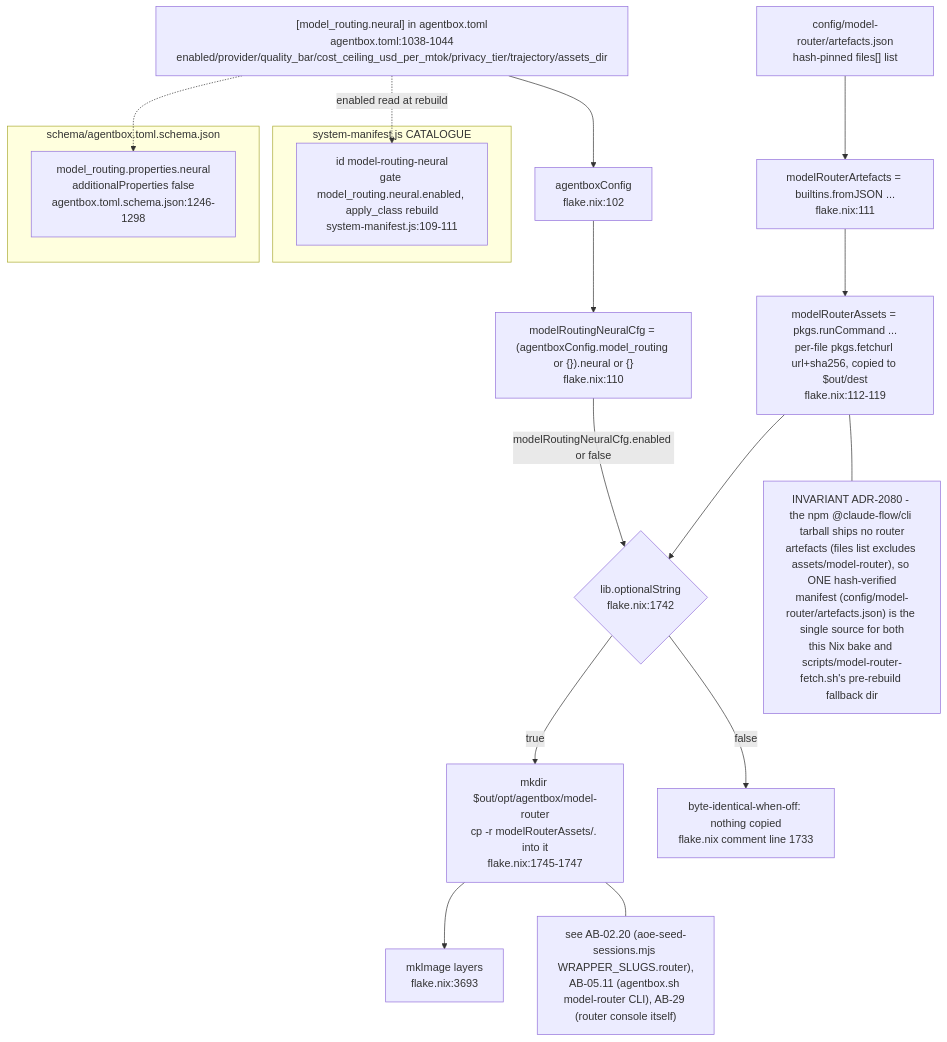
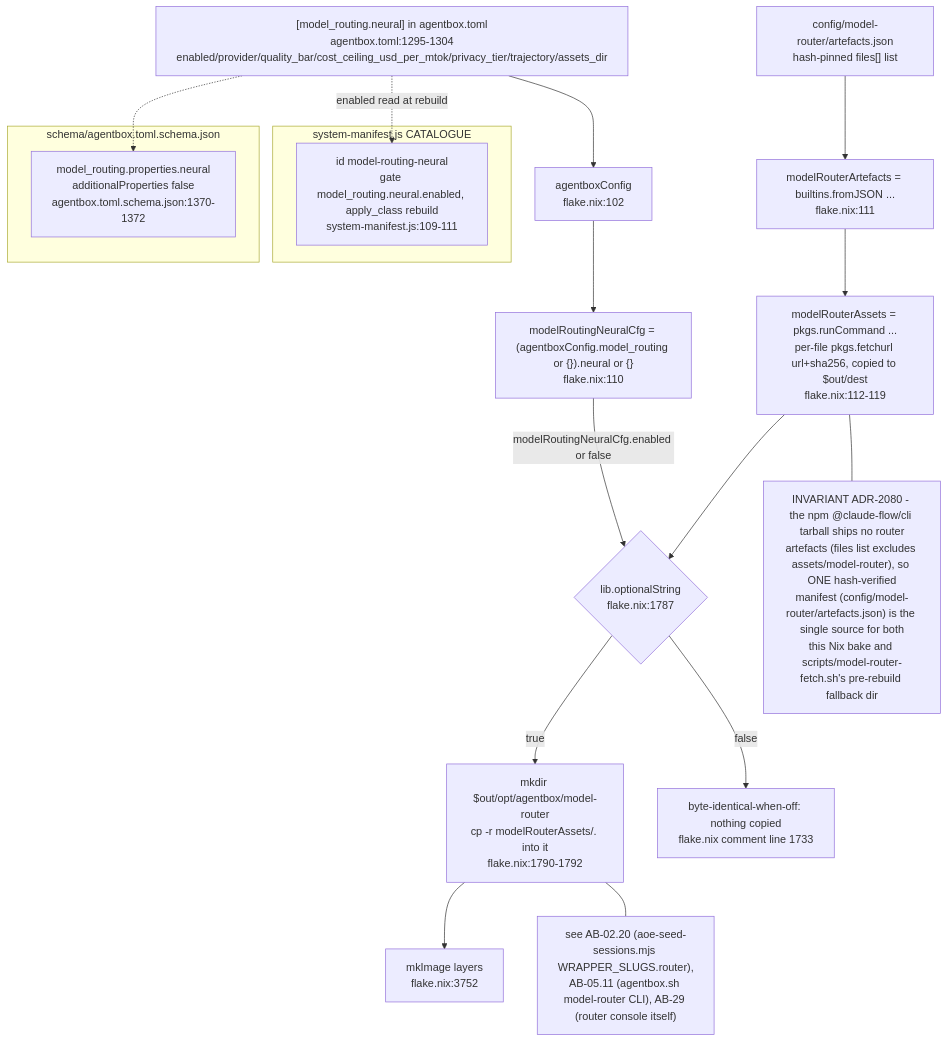
Before and after one commit to DreamLab-AI/VisionFlow: diagram 11 of 11 in docs/diagrams/agentbox/01-nix-flake-composition.md, drawn with Mermaid. The commit also changed other lines of this file and 28 other files, not shown here.

````diff
--- a/docs/diagrams/agentbox/01-nix-flake-composition.md
+++ b/docs/diagrams/agentbox/01-nix-flake-composition.md
@@ -437,29 +439,29 @@
 ```mermaid
 flowchart TB
-    TOML2["[model_routing.neural] in agentbox.toml<br/>agentbox.toml:1038-1044<br/>enabled/provider/quality_bar/cost_ceiling_usd_per_mtok/privacy_tier/trajectory/assets_dir"] --> CFG2["agentboxConfig<br/>flake.nix:102"]
+    TOML2["[model_routing.neural] in agentbox.toml<br/>agentbox.toml:1295-1304<br/>enabled/provider/quality_bar/cost_ceiling_usd_per_mtok/privacy_tier/trajectory/assets_dir"] --> CFG2["agentboxConfig<br/>flake.nix:102"]
     CFG2 --> MRNCFG["modelRoutingNeuralCfg = (agentboxConfig.model_routing or {}).neural or {}<br/>flake.nix:110"]
     ARTJSON["config/model-router/artefacts.json<br/>hash-pinned files[] list"] --> MRNFETCH["modelRouterArtefacts = builtins.fromJSON ...<br/>flake.nix:111"]
     MRNFETCH --> MRNASSETS["modelRouterAssets = pkgs.runCommand ...<br/>per-file pkgs.fetchurl url+sha256, copied to $out/dest<br/>flake.nix:112-119"]
 
-    MRNCFG -->|"modelRoutingNeuralCfg.enabled or false"| GATE{"lib.optionalString<br/>flake.nix:1742"}
+    MRNCFG -->|"modelRoutingNeuralCfg.enabled or false"| GATE{"lib.optionalString<br/>flake.nix:1787"}
     MRNASSETS --> GATE
-    GATE -->|true| BAKE["mkdir $out/opt/agentbox/model-router<br/>cp -r modelRouterAssets/. into it<br/>flake.nix:1745-1747"]
+    GATE -->|true| BAKE["mkdir $out/opt/agentbox/model-router<br/>cp -r modelRouterAssets/. into it<br/>flake.nix:1790-1792"]
     GATE -->|false| SKIP["byte-identical-when-off: nothing copied<br/>flake.nix comment line 1733"]
-    BAKE --> ALLPKG2["mkImage layers<br/>flake.nix:3693"]
+    BAKE --> ALLPKG2["mkImage layers<br/>flake.nix:3752"]
 
     subgraph MANIFEST2["system-manifest.js CATALOGUE"]
         MRNENTRY["id model-routing-neural<br/>gate model_routing.neural.enabled, apply_class rebuild<br/>system-manifest.js:109-111"]
     end
     TOML2 -.->|"enabled read at rebuild"| MRNENTRY
 
     subgraph SCHEMA2["schema/agentbox.toml.schema.json"]
-        NEURALSCHEMA["model_routing.properties.neural<br/>additionalProperties false<br/>agentbox.toml.schema.json:1246-1298"]
+        NEURALSCHEMA["model_routing.properties.neural<br/>additionalProperties false<br/>agentbox.toml.schema.json:1370-1372"]
     end
     TOML2 -.-> NEURALSCHEMA
 
     NOTE1["INVARIANT ADR-2080 - the npm @claude-flow/cli tarball ships no router<br/>artefacts (files list excludes assets/model-router), so ONE hash-verified<br/>manifest (config/model-router/artefacts.json) is the single source for both<br/>this Nix bake and scripts/model-router-fetch.sh's pre-rebuild fallback dir"]
     MRNASSETS --- NOTE1
 
     NOTE2["see AB-02.20 (aoe-seed-sessions.mjs WRAPPER_SLUGS.router),<br/>AB-05.11 (agentbox.sh model-router CLI), AB-29 (router console itself)"]
     BAKE --- NOTE2
 ```
````
